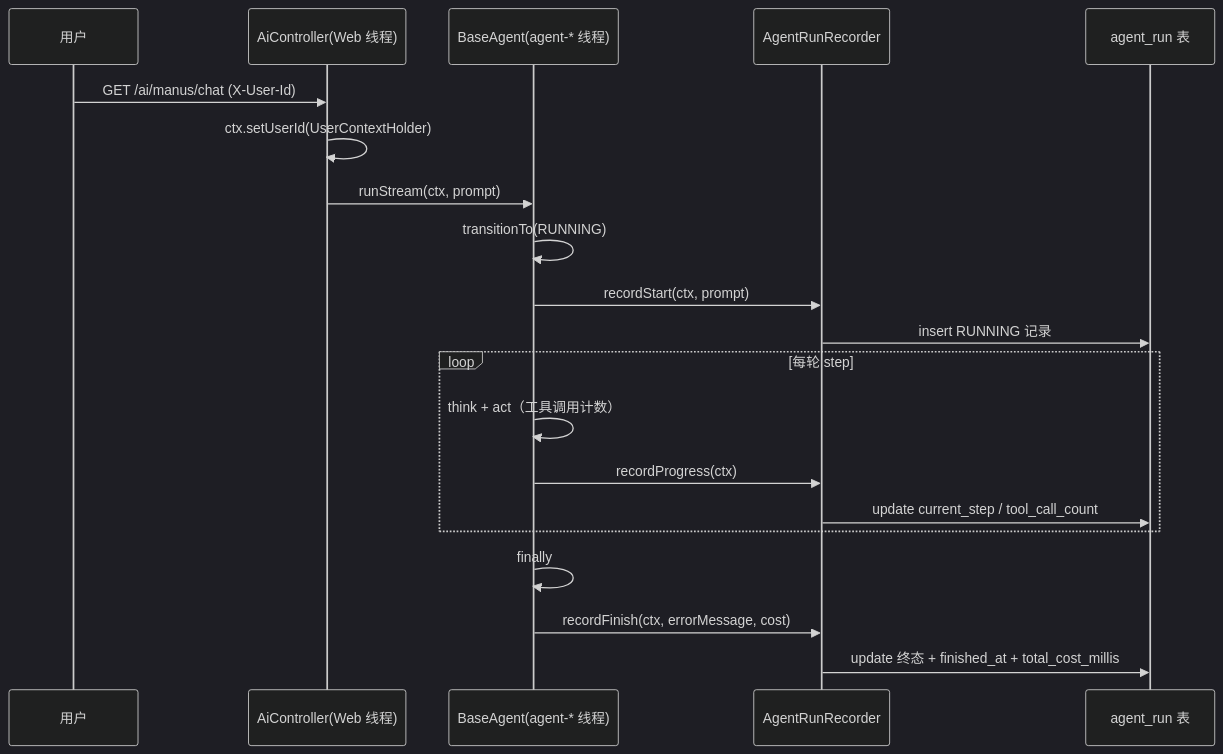
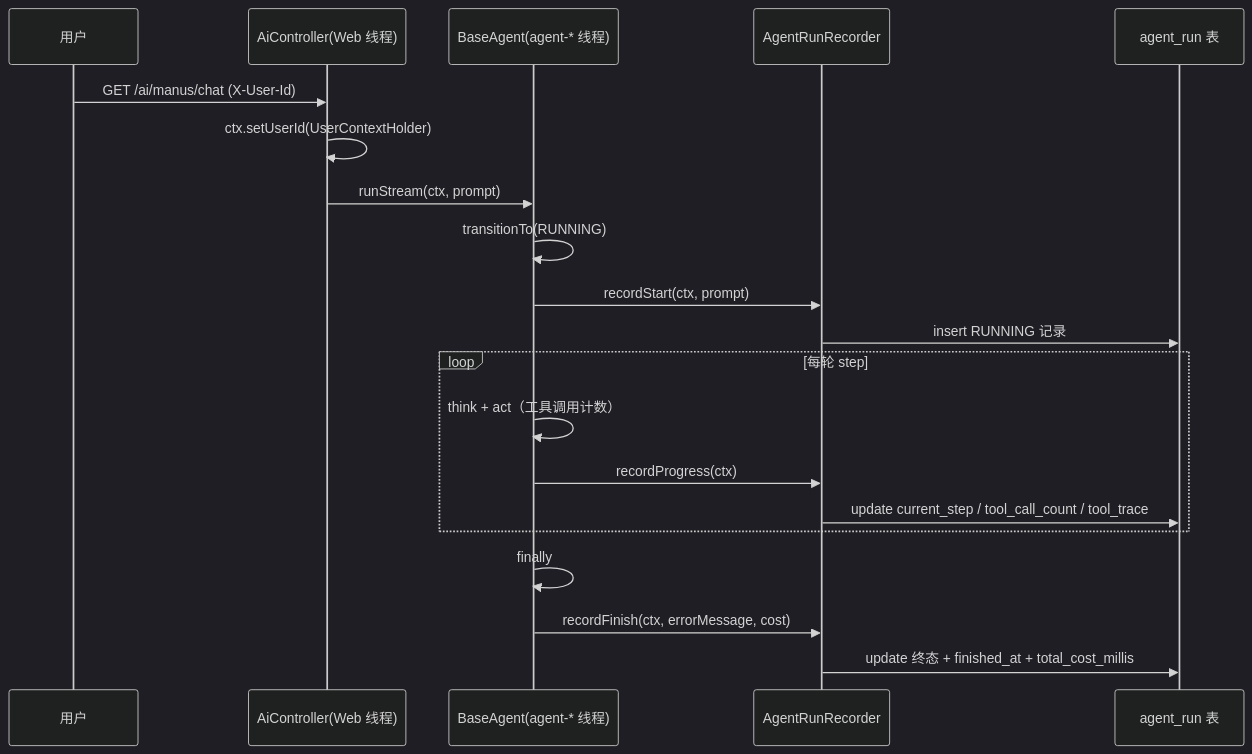
Before and after one commit to Mokeyster007/mk-agent: the first of 3 diagrams in docs/agent-learning/04-agent-run-persistence.md, drawn with Mermaid (dark theme). The commit also changed other lines of this file and 7 other files, not shown here.

First line of the commit message:
feat(persistence): agent_run 记录工具执行轨迹 tool_trace

````diff
--- a/docs/agent-learning/04-agent-run-persistence.md
+++ b/docs/agent-learning/04-agent-run-persistence.md
@@ -115,23 +115,23 @@
 ```mermaid
 sequenceDiagram
     participant U as 用户
     participant C as AiController(Web 线程)
     participant B as BaseAgent(agent-* 线程)
     participant R as AgentRunRecorder
     participant DB as agent_run 表
 
     U->>C: GET /ai/manus/chat (X-User-Id)
     C->>C: ctx.setUserId(UserContextHolder)
     C->>B: runStream(ctx, prompt)
     B->>B: transitionTo(RUNNING)
     B->>R: recordStart(ctx, prompt)
     R->>DB: insert RUNNING 记录
     loop 每轮 step
         B->>B: think + act（工具调用计数）
         B->>R: recordProgress(ctx)
-        R->>DB: update current_step / tool_call_count
+        R->>DB: update current_step / tool_call_count / tool_trace
     end
     B->>B: finally
     B->>R: recordFinish(ctx, errorMessage, cost)
     R->>DB: update 终态 + finished_at + total_cost_millis
 ```
````
